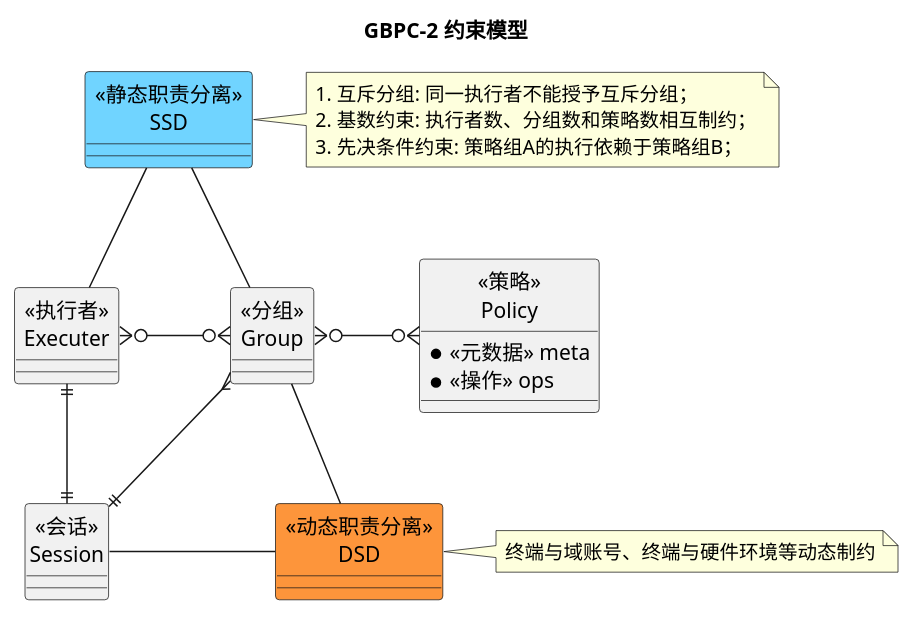
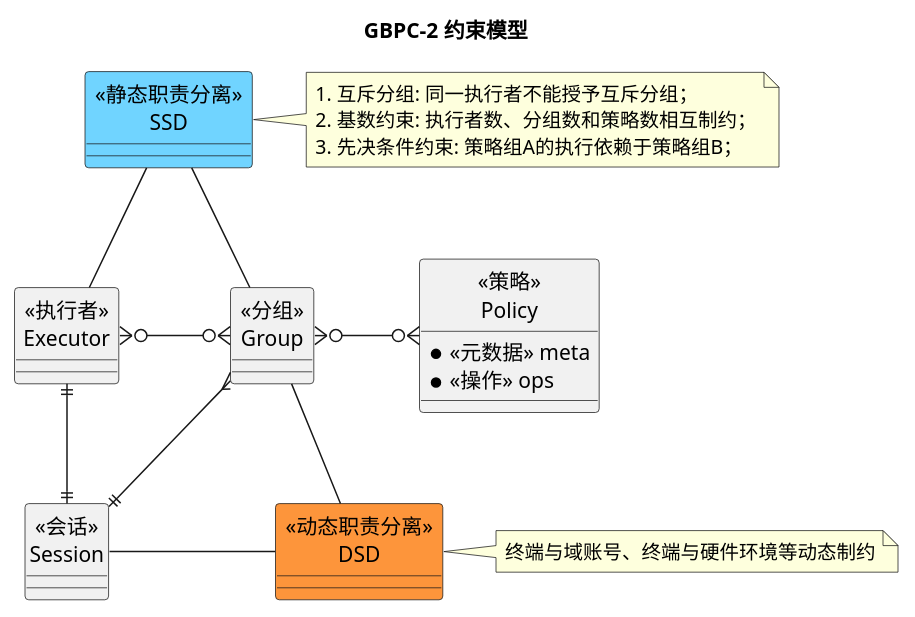
The diagram in GBPC/gbpc03.puml (hollson/pm), drawn with PlantUML before and after one commit. The commit also changed 20 other files, not shown here.

```diff
--- a/GBPC/gbpc03.puml
+++ b/GBPC/gbpc03.puml
@@ -1,41 +1,41 @@
 @startuml GBPC2
 title GBPC-2 约束模型
 '隐藏Entity标识
 hide circle
 
-'entity executer <<泛型>>
-entity " <<执行者>> \nExecuter" as executer {
+'entity executor <<泛型>>
+entity " <<执行者>> \nExecutor" as executor {
 }
 
 entity " <<分组>> \nGroup" as group {
 }
 
 entity " <<策略>> \nPolicy" as policy {
   *<<元数据>> meta
   *<<操作>> ops
 }
 
 entity " <<会话>> \nSession" as session {}
 
 entity " <<静态职责分离>> \nSSD" as ssd #70d4ff {}
 
 entity " <<动态职责分离>> \nDSD" as dsd #fd953b {}
 
 note right of ssd
 1. 互斥分组: 同一执行者不能授予互斥分组；
 2. 基数约束: 执行者数、分组数和策略数相互制约；
 3. 先决条件约束: 策略组A的执行依赖于策略组B；
 end note
 note right of dsd
 终端与域账号、终端与硬件环境等动态制约
 end note
 
-ssd -- executer
+ssd -- executor
 ssd -- group
-executer }o-right-o{group:"           "
+executor }o-right-o{group:"           "
 group }o-right-o{policy:"          "
-executer ||--|| session
+executor ||--|| session
 group }--|| session
 dsd -up- group
 dsd -left- session:"                      "
 @enduml
```
